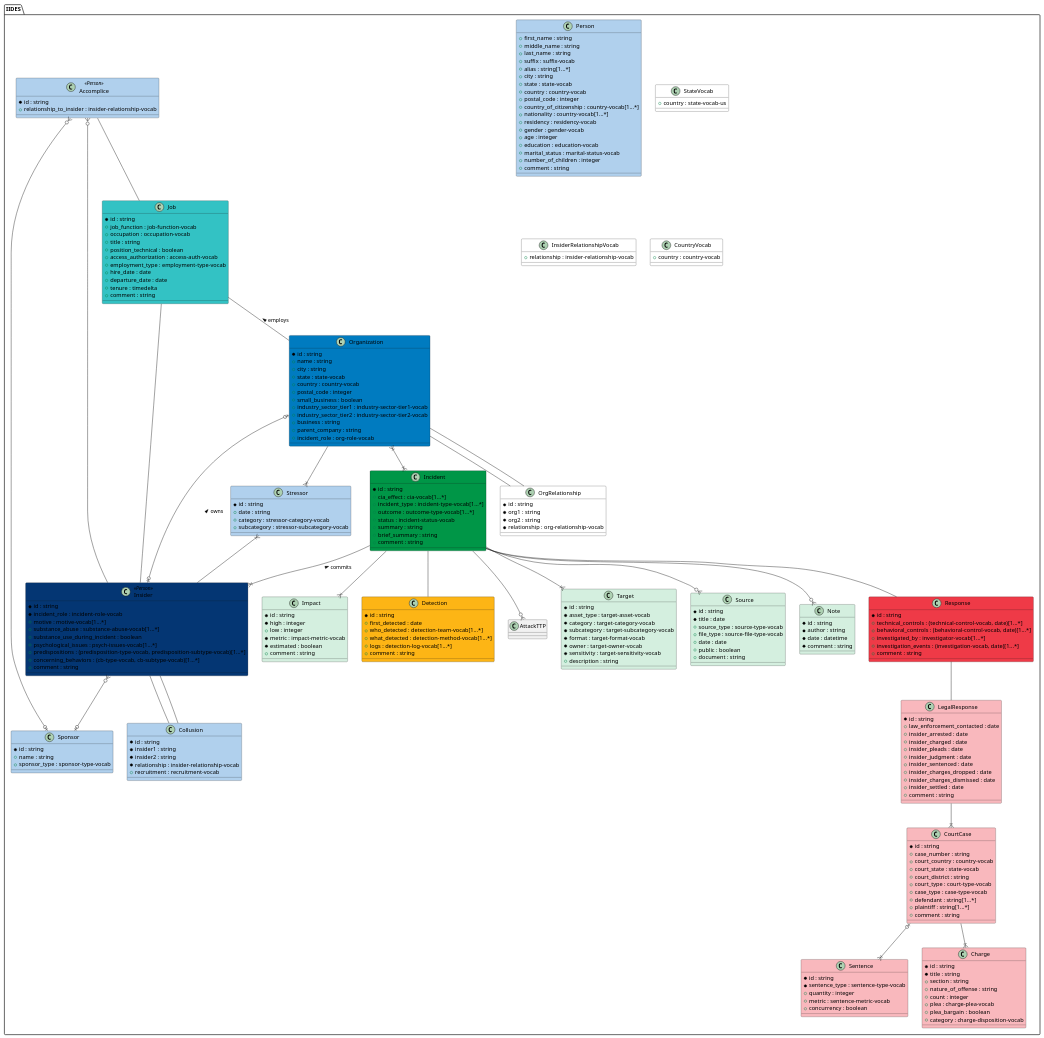
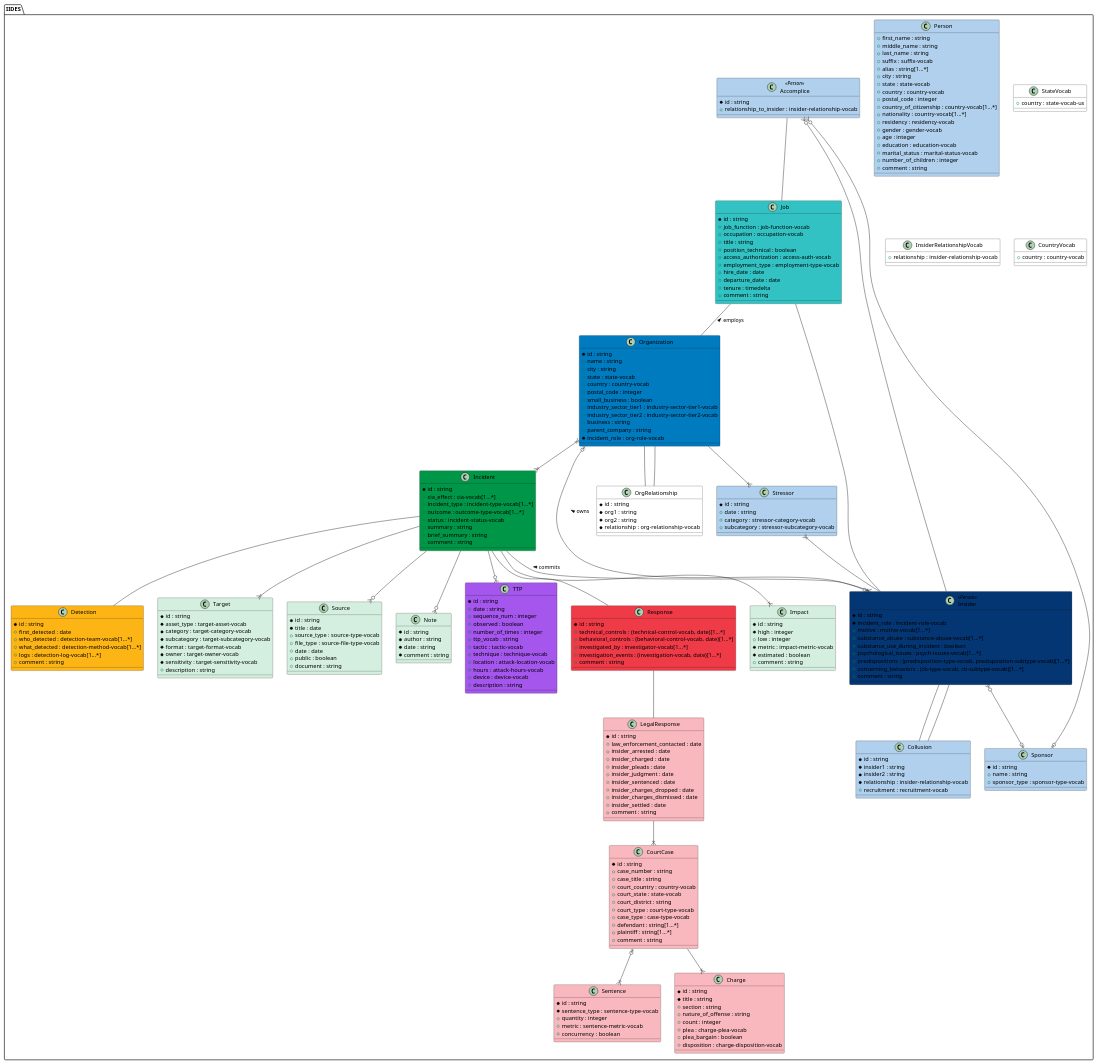
Before and after one commit to cmu-sei/iides: the diagram in UML/source/iides.wsd, drawn with PlantUML. The commit also changed 12 other files, not shown here.

Commit message:
Change attackTTP to TTP

```diff
--- a/UML/source/iides.wsd
+++ b/UML/source/iides.wsd
@@ -82,7 +82,7 @@
 class Note #D4EFDF {
 	* id : string 
 	* author : string 
-	* date : datetime 
+	* date : string 
 	* comment : string 
 }
 class Sentence #f9b8bd {
@@ -91,6 +91,20 @@
 	+ quantity : integer 
 	+ metric : sentence-metric-vocab 
 	+ concurrency : boolean 
+}
+class TTP #A456ED {
+	* id : string 
+	+ date : string 
+	+ sequence_num : integer 
+	+ observed : boolean 
+	+ number_of_times : integer 
+	+ ttp_vocab : string 
+	+ tactic : tactic-vocab 
+	+ technique : technique-vocab 
+	+ location : attack-location-vocab 
+	+ hours : attack-hours-vocab 
+	+ device : device-vocab 
+	+ description : string 
 }
 class Job #33c2C4 {
 	* id : string 
@@ -113,7 +127,7 @@
 	+ count : integer 
 	+ plea : charge-plea-vocab 
 	+ plea_bargain : boolean 
-	+ category : charge-disposition-vocab 
+	+ disposition : charge-disposition-vocab 
 }
 class Impact #D4EFDF {
 	* id : string 
@@ -135,11 +149,12 @@
 	+ industry_sector_tier2 : industry-sector-tier2-vocab 
 	+ business : string 
 	+ parent_company : string 
-	+ incident_role : org-role-vocab 
+	* incident_role : org-role-vocab 
 }
 class CourtCase #f9b8bd {
 	* id : string 
 	+ case_number : string 
+	+ case_title : string 
 	+ court_country : country-vocab 
 	+ court_state : state-vocab 
 	+ court_district : string 
@@ -224,6 +239,6 @@
     LegalResponse --|{ CourtCase
     Organization --|{ Stressor
     Stressor }|-- Insider
-    Incident --o{ AttackTTP
+    Incident --o{ TTP
 }
 @enduml
```
